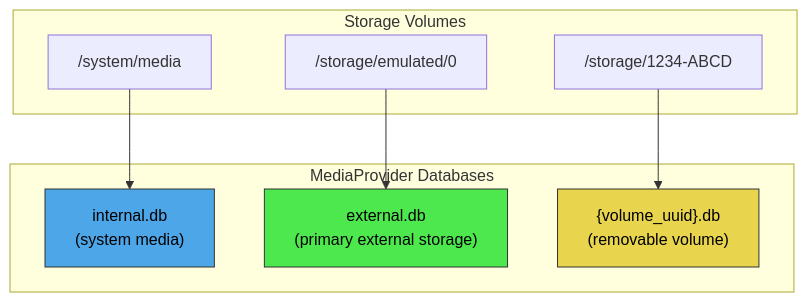
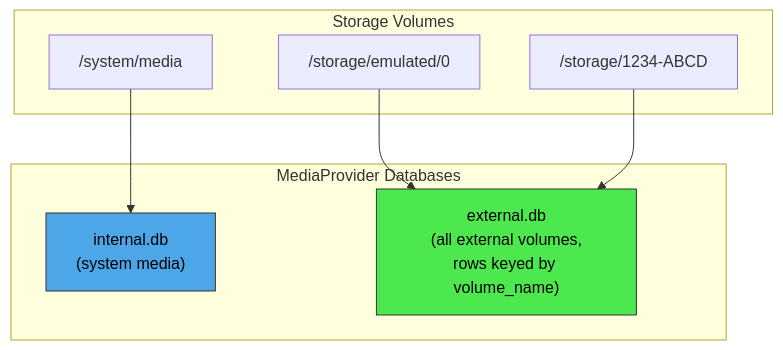
Before and after one commit to aospbooks/aosp-internal-book: the eighth of 25 diagrams in agents/claude/skills/aosp-framework-services/27-content-providers.md, drawn with Mermaid. The commit also changed other lines of this file and 218 other files, not shown here.

````diff
--- a/agents/claude/skills/aosp-framework-services/27-content-providers.md
+++ b/agents/claude/skills/aosp-framework-services/27-content-providers.md
@@ -807,18 +828,16 @@
 ```mermaid
 graph TD
     subgraph "MediaProvider Databases"
         A["internal.db<br/>(system media)"]
-        B["external.db<br/>(primary external storage)"]
-        C["{volume_uuid}.db<br/>(removable volume)"]
+        B["external.db<br/>(all external volumes,<br/>rows keyed by volume_name)"]
     end
 
     subgraph "Storage Volumes"
         D["/system/media"] --> A
         E["/storage/emulated/0"] --> B
-        F["/storage/1234-ABCD"] --> C
+        F["/storage/1234-ABCD"] --> B
     end
 
     style A fill:#4da6e8,stroke:#333,color:#000
     style B fill:#4de84d,stroke:#333,color:#000
-    style C fill:#e8d44d,stroke:#333,color:#000
 ```
````
